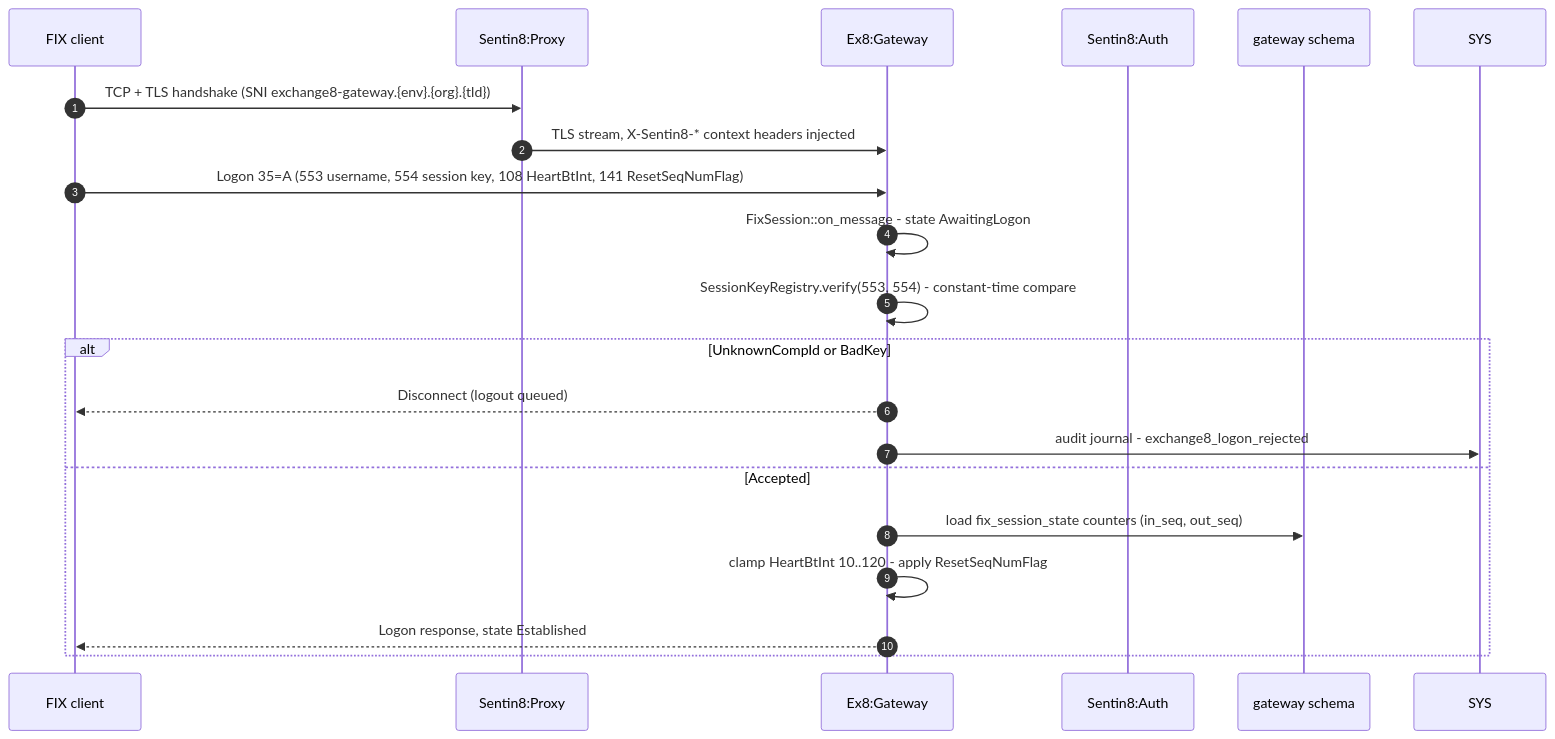
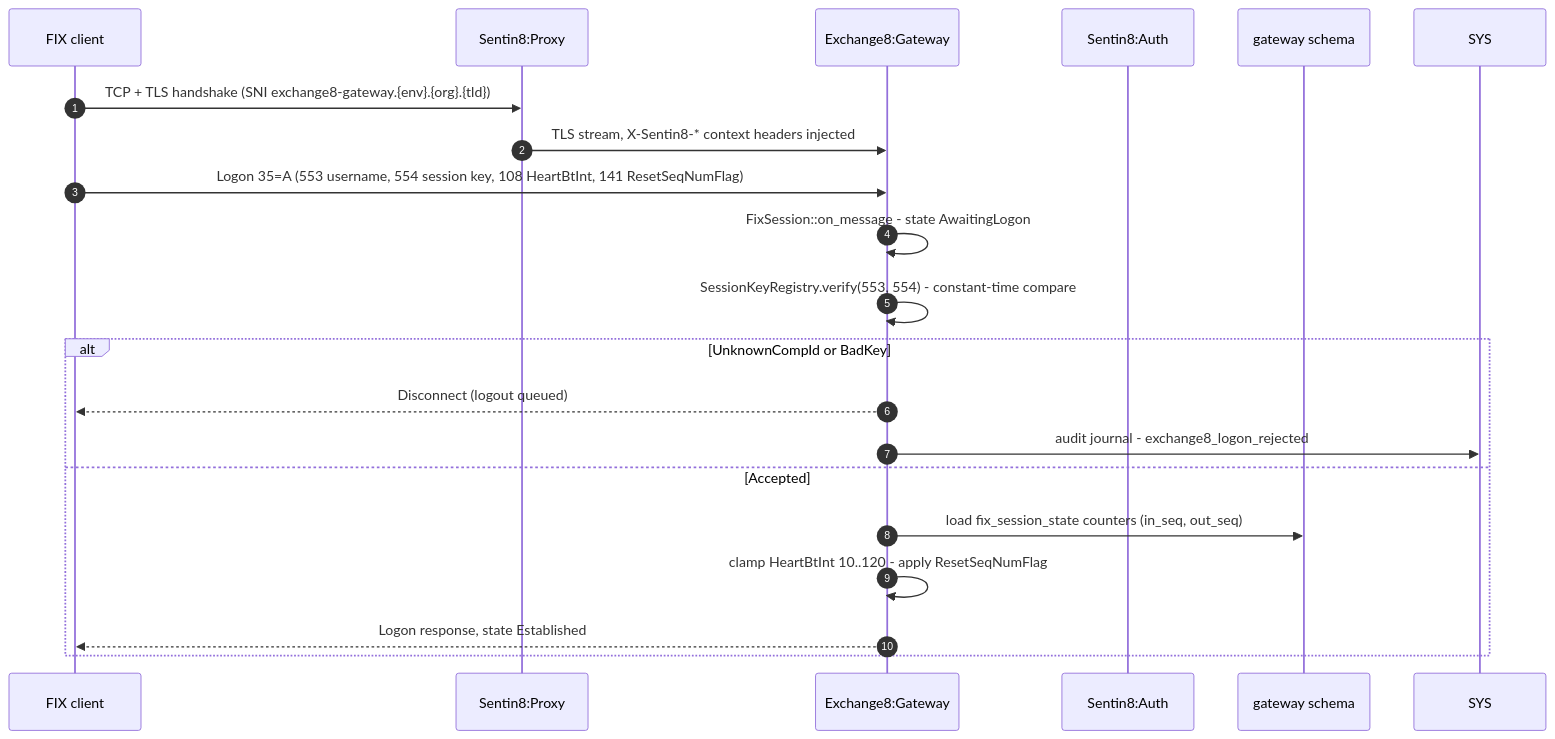
The third of 14 diagrams in DESIGN.md (Exchange8-dev/exchange8-gateway), drawn with Mermaid before and after one commit. The commit also changed other lines of this file and 14 other files, not shown here.

````diff
--- a/DESIGN.md
+++ b/DESIGN.md
@@ -225,23 +225,23 @@
 ```mermaid
 sequenceDiagram
     autonumber
     participant C as FIX client
     participant P as Sentin8:Proxy
-    participant GW as Ex8:Gateway
+    participant GW as Exchange8:Gateway
     participant AUTH as Sentin8:Auth
     participant DB as gateway schema
 
     C->>P: TCP + TLS handshake (SNI exchange8-gateway.{env}.{org}.{tld})
     P->>GW: TLS stream, X-Sentin8-* context headers injected
     C->>GW: Logon 35=A (553 username, 554 session key, 108 HeartBtInt, 141 ResetSeqNumFlag)
     GW->>GW: FixSession::on_message - state AwaitingLogon
     GW->>GW: SessionKeyRegistry.verify(553, 554) - constant-time compare
     alt UnknownCompId or BadKey
         GW-->>C: Disconnect (logout queued)
         GW->>SYS: audit journal - exchange8_logon_rejected
     else Accepted
         GW->>DB: load fix_session_state counters (in_seq, out_seq)
         GW->>GW: clamp HeartBtInt 10..120 - apply ResetSeqNumFlag
         GW-->>C: Logon response, state Established
     end
 ```
````
